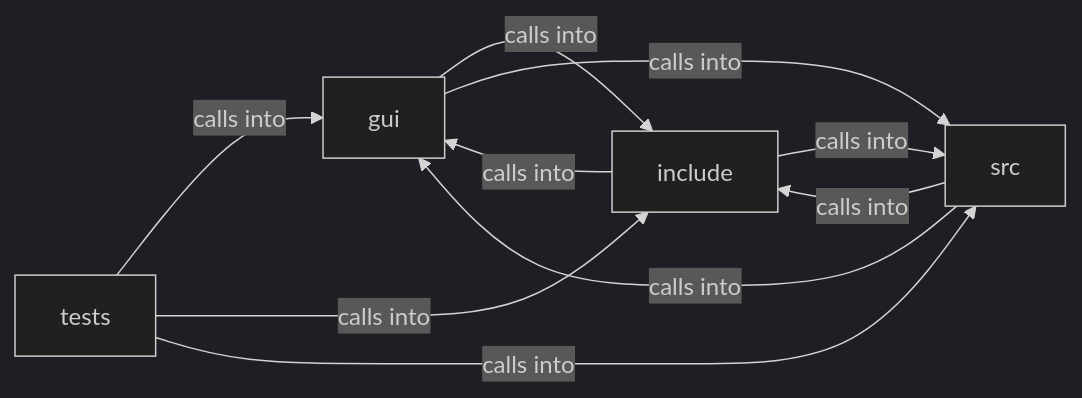
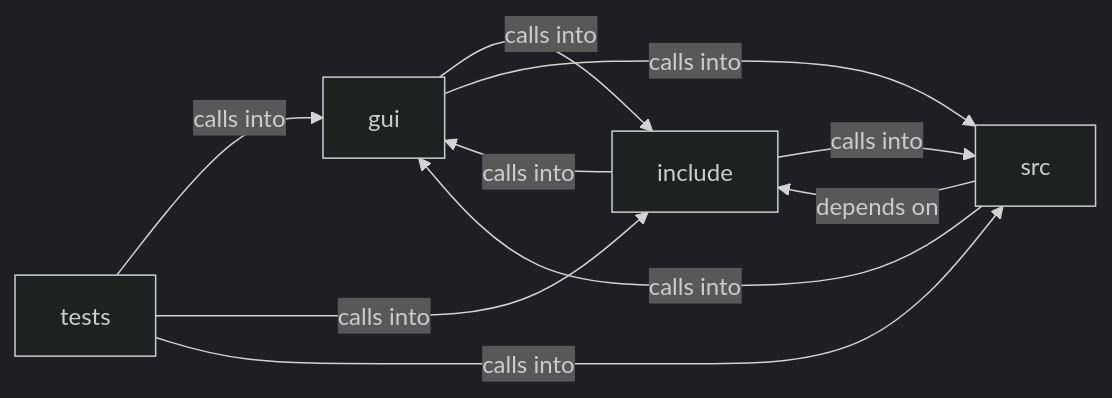
One commit to grisuno/FreeDom changed the diagram in readmenator-diagrams/include_browser_ui.md. Above: the diagram before and after it, drawn with Mermaid (dark theme). The commit also changed other lines of this file and 279 other files, not shown here.

````diff
--- a/readmenator-diagrams/include_browser_ui.md
+++ b/readmenator-diagrams/include_browser_ui.md
@@ -5,16 +5,16 @@
 ```mermaid
 graph LR
     gui["gui"]
     include["include"]
     src["src"]
     tests["tests"]
     gui -- "calls into" --> include
     gui -- "calls into" --> src
     include -- "calls into" --> gui
     include -- "calls into" --> src
     src -- "calls into" --> gui
-    src -- "calls into" --> include
+    src -- "depends on" --> include
     tests -- "calls into" --> gui
     tests -- "calls into" --> include
     tests -- "calls into" --> src
 ```
````
